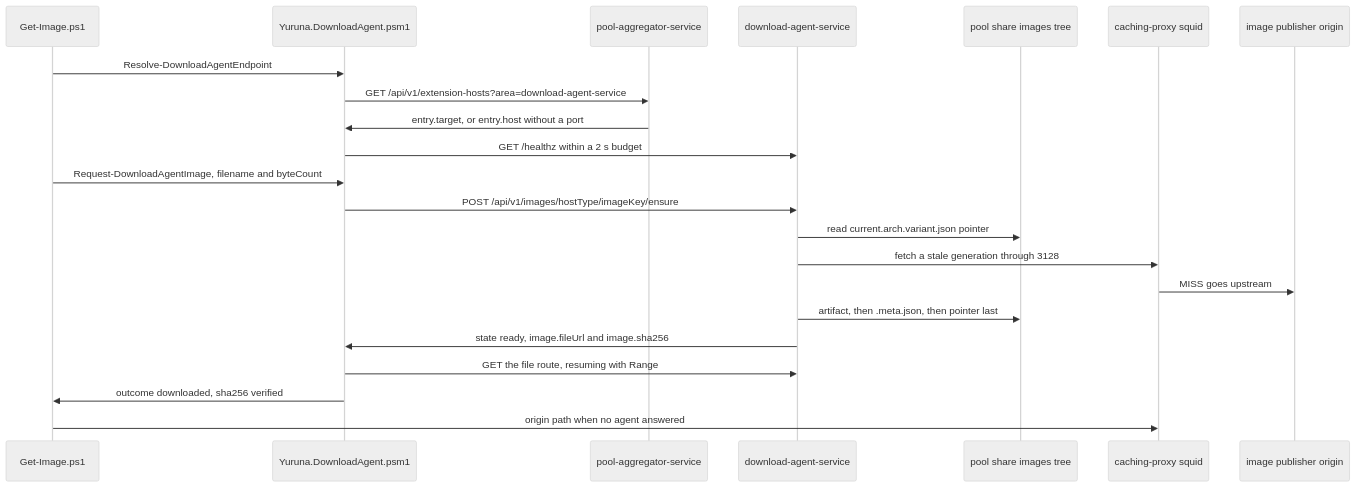
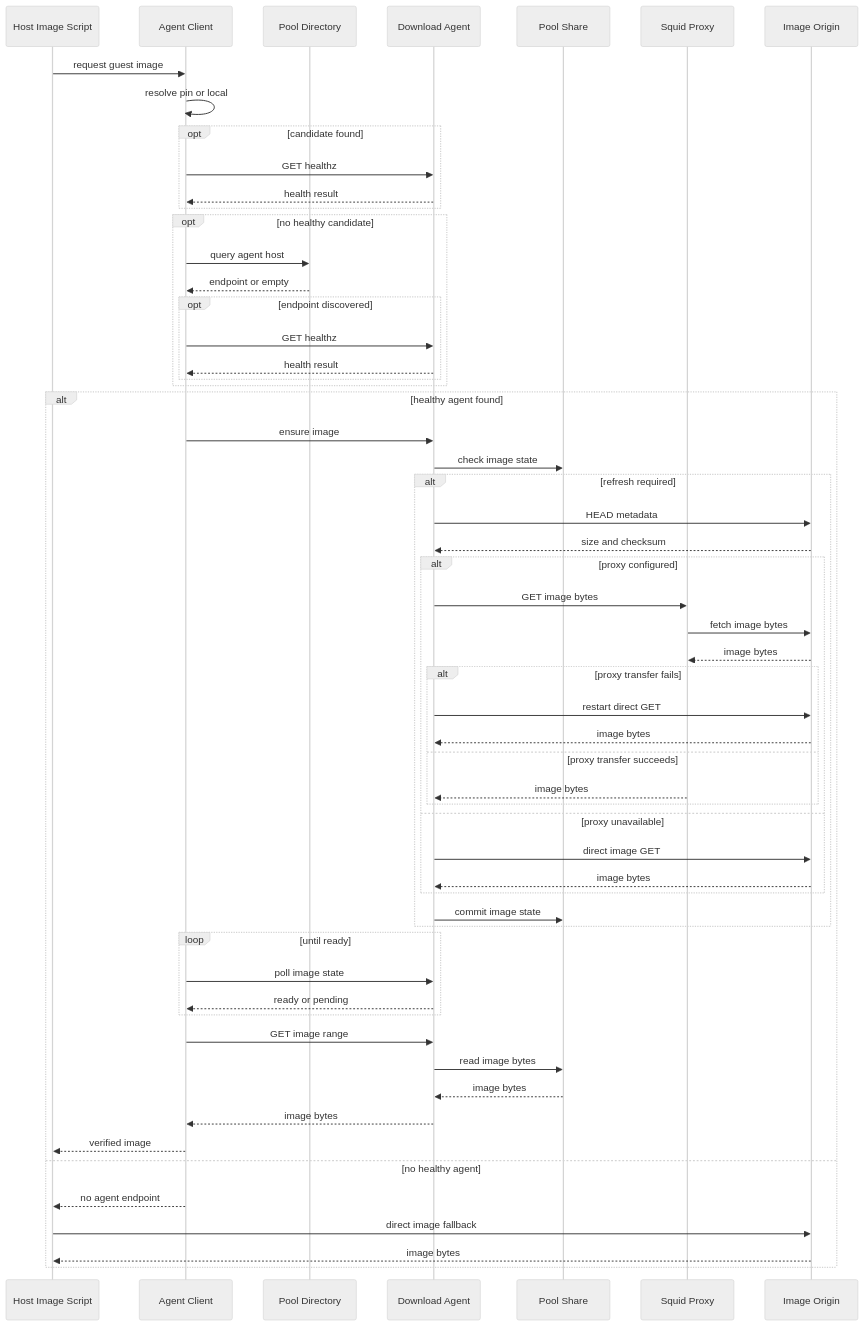
One commit to alissonsol/yuruna changed the fifth of 8 diagrams in docs/design/03-data-flows.md. Above: the diagram before and after it, drawn with Mermaid (neutral theme). The commit also changed other lines of this file and 657 other files, not shown here.

````diff
--- a/docs/design/03-data-flows.md
+++ b/docs/design/03-data-flows.md
@@ -513,24 +209,62 @@
 ```mermaid
 sequenceDiagram
-    participant getimage as Get-Image.ps1
-    participant client as Yuruna.DownloadAgent.psm1
-    participant aggregator as pool-aggregator-service
-    participant agent as download-agent-service
-    participant share as pool share images tree
-    participant squid as caching-proxy squid
-    participant origin as image publisher origin
-    getimage->>client: Resolve-DownloadAgentEndpoint
-    client->>aggregator: GET /api/v1/extension-hosts?area=download-agent-service
-    aggregator->>client: entry.target, or entry.host without a port
-    client->>agent: GET /healthz within a 2 s budget
-    getimage->>client: Request-DownloadAgentImage, filename and byteCount
-    client->>agent: POST /api/v1/images/hostType/imageKey/ensure
-    agent->>share: read current.arch.variant.json pointer
-    agent->>squid: fetch a stale generation through 3128
-    squid->>origin: MISS goes upstream
-    agent->>share: artifact, then .meta.json, then pointer last
-    agent->>client: state ready, image.fileUrl and image.sha256
-    client->>agent: GET the file route, resuming with Range
-    client->>getimage: outcome downloaded, sha256 verified
-    getimage->>squid: origin path when no agent answered
+  participant host-image-script as Host Image Script
+  participant agent-client as Agent Client
+  participant pool-directory as Pool Directory
+  participant download-agent as Download Agent
+  participant pool-share as Pool Share
+  participant squid-proxy as Squid Proxy
+  participant image-origin as Image Origin
+
+  host-image-script->>agent-client: request guest image
+  agent-client->>agent-client: resolve pin or local
+  opt candidate found
+    agent-client->>download-agent: GET healthz
+    download-agent-->>agent-client: health result
+  end
+  opt no healthy candidate
+    agent-client->>pool-directory: query agent host
+    pool-directory-->>agent-client: endpoint or empty
+    opt endpoint discovered
+      agent-client->>download-agent: GET healthz
+      download-agent-->>agent-client: health result
+    end
+  end
+  alt healthy agent found
+    agent-client->>download-agent: ensure image
+    download-agent->>pool-share: check image state
+    alt refresh required
+      download-agent->>image-origin: HEAD metadata
+      image-origin-->>download-agent: size and checksum
+      %% optional -- image bytes use the configured proxy first
+      alt proxy configured
+        download-agent->>squid-proxy: GET image bytes
+        squid-proxy->>image-origin: fetch image bytes
+        image-origin-->>squid-proxy: image bytes
+        alt proxy transfer fails
+          download-agent->>image-origin: restart direct GET
+          image-origin-->>download-agent: image bytes
+        else proxy transfer succeeds
+          squid-proxy-->>download-agent: image bytes
+        end
+      else proxy unavailable
+        download-agent->>image-origin: direct image GET
+        image-origin-->>download-agent: image bytes
+      end
+      download-agent->>pool-share: commit image state
+    end
+    loop until ready
+      agent-client->>download-agent: poll image state
+      download-agent-->>agent-client: ready or pending
+    end
+    agent-client->>download-agent: GET image range
+    download-agent->>pool-share: read image bytes
+    pool-share-->>download-agent: image bytes
+    download-agent-->>agent-client: image bytes
+    agent-client-->>host-image-script: verified image
+  else no healthy agent
+    agent-client-->>host-image-script: no agent endpoint
+    host-image-script->>image-origin: direct image fallback
+    image-origin-->>host-image-script: image bytes
+  end
 ```
````
